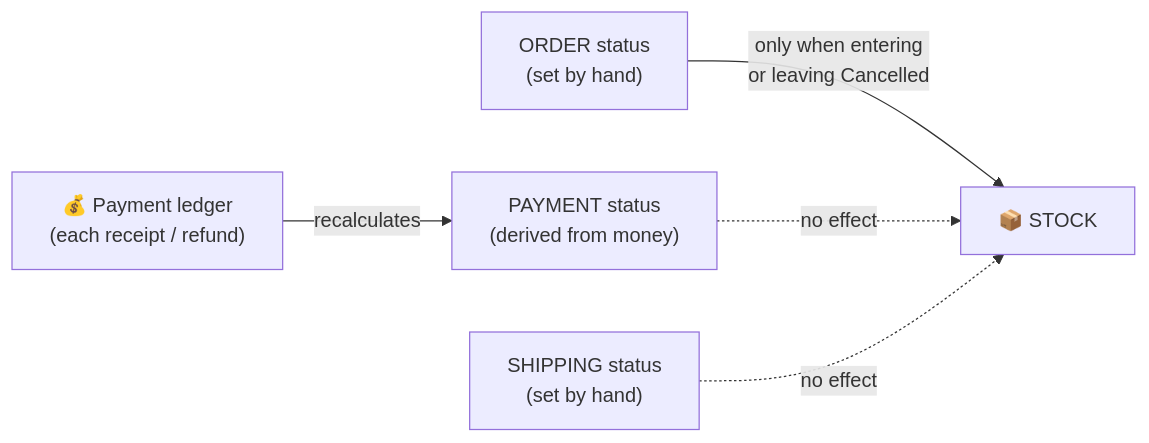
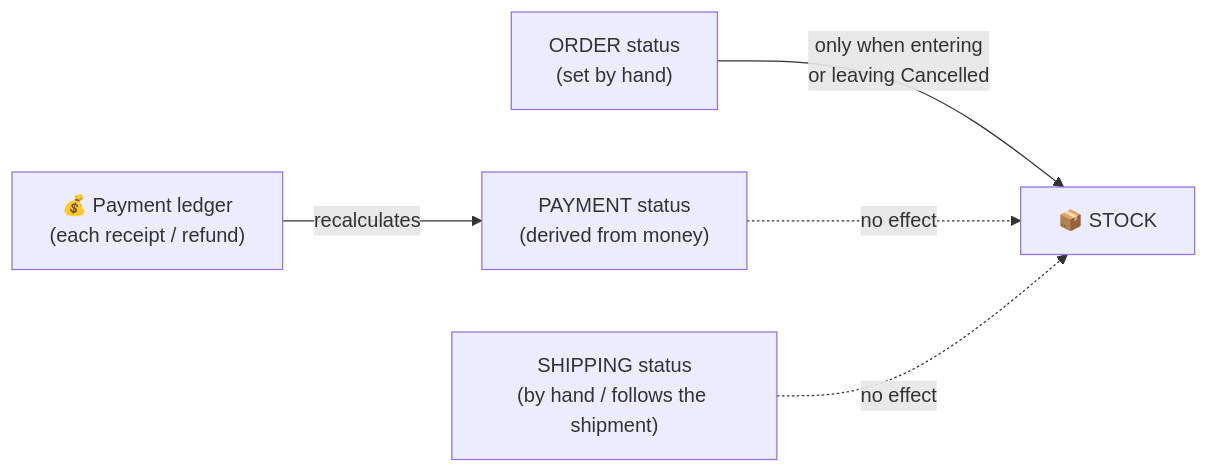
Before and after one commit to gp247net/gp247-docs: the first of 2 diagrams in s-cart/order-processing/order-lifecycle.md, drawn with Mermaid. The commit also changed other lines of this file and 3 other files, not shown here.

First line of the commit message:
docs(order-lifecycle): shipping status follows the shipment

````diff
--- a/s-cart/order-processing/order-lifecycle.md
+++ b/s-cart/order-processing/order-lifecycle.md
@@ -28,7 +34,7 @@
 ```mermaid
 flowchart LR
     A["ORDER status<br/>(set by hand)"] -->|"only when entering<br/>or leaving Cancelled"| S["📦 STOCK"]
     B["PAYMENT status<br/>(derived from money)"] -.->|"no effect"| S
-    C["SHIPPING status<br/>(set by hand)"] -.->|"no effect"| S
+    C["SHIPPING status<br/>(by hand / follows the shipment)"] -.->|"no effect"| S
     M["💰 Payment ledger<br/>(each receipt / refund)"] -->|"recalculates"| B
 ```
````
